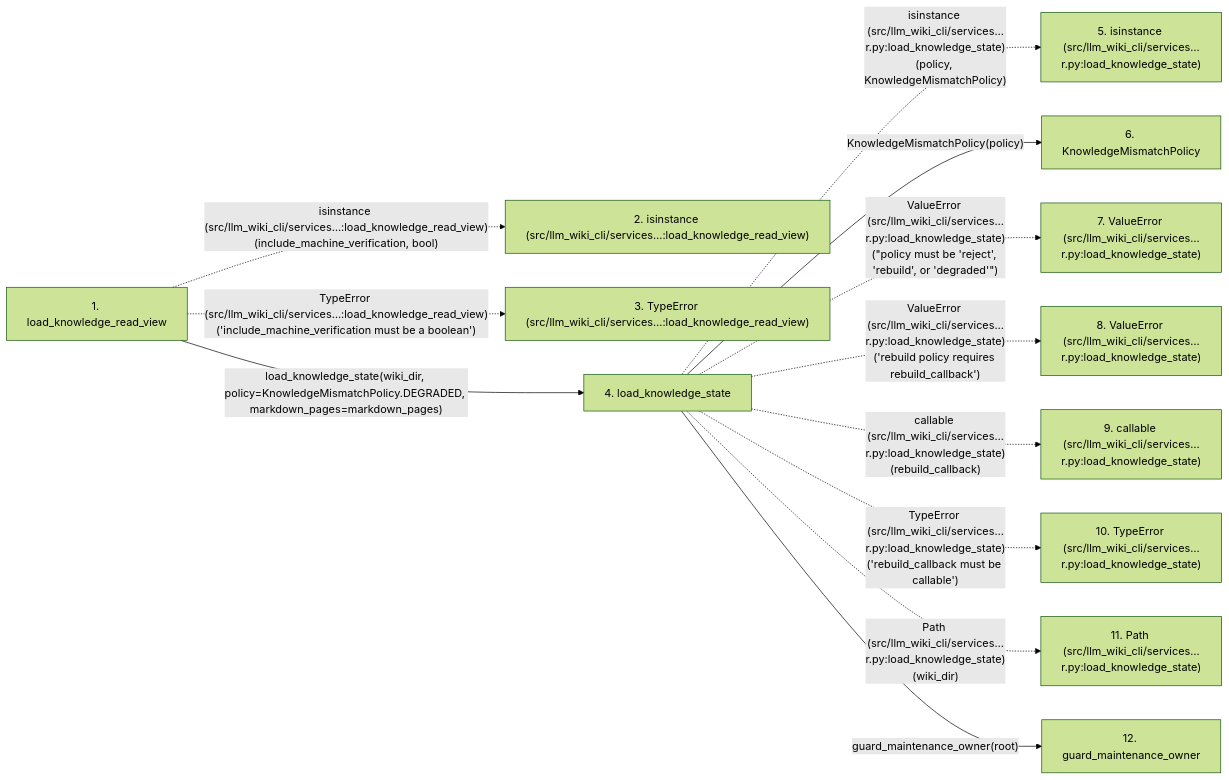
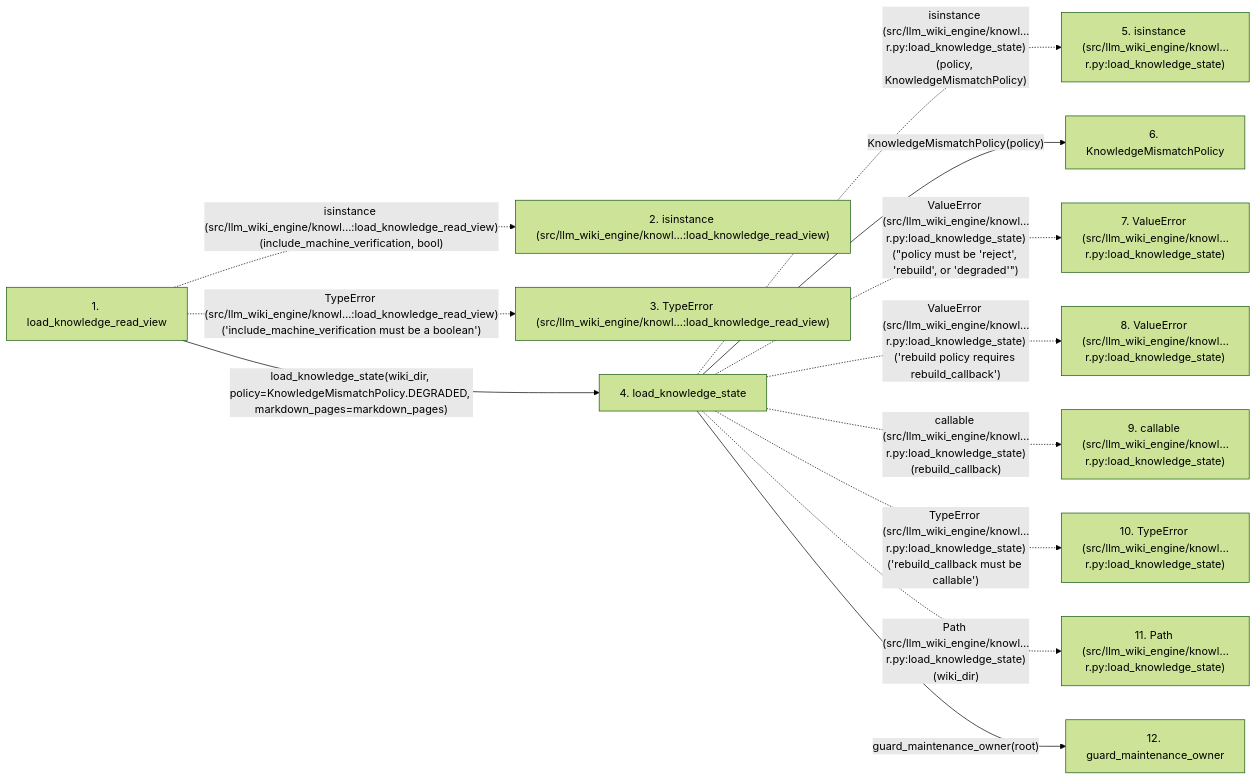
The second of 2 diagrams in docs/llm_wiki/flows/api-load_knowledge_read_view.md (Denissvgn/python-wiki-llm), drawn with Mermaid (forest theme) before and after one commit. The commit also changed other lines of this file and 1058 other files, not shown here.

First line of the commit message:
docs: refresh the wiki for the knowledge store move

````diff
--- a/docs/llm_wiki/flows/api-load_knowledge_read_view.md
+++ b/docs/llm_wiki/flows/api-load_knowledge_read_view.md
@@ -171,30 +170,30 @@
 ```mermaid
 flowchart LR
     s1["1. load_knowledge_read_view"]
-    s2["2. isinstance (src/llm_wiki_cli/services…:load_knowledge_read_view)"]
-    s3["3. TypeError (src/llm_wiki_cli/services…:load_knowledge_read_view)"]
+    s2["2. isinstance (src/llm_wiki_engine/knowl…:load_knowledge_read_view)"]
+    s3["3. TypeError (src/llm_wiki_engine/knowl…:load_knowledge_read_view)"]
     s4["4. load_knowledge_state"]
-    s5["5. isinstance (src/llm_wiki_cli/services…r.py:load_knowledge_state)"]
+    s5["5. isinstance (src/llm_wiki_engine/knowl…r.py:load_knowledge_state)"]
     s6["6. KnowledgeMismatchPolicy"]
-    s7["7. ValueError (src/llm_wiki_cli/services…r.py:load_knowledge_state)"]
-    s8["8. ValueError (src/llm_wiki_cli/services…r.py:load_knowledge_state)"]
-    s9["9. callable (src/llm_wiki_cli/services…r.py:load_knowledge_state)"]
-    s10["10. TypeError (src/llm_wiki_cli/services…r.py:load_knowledge_state)"]
-    s11["11. Path (src/llm_wiki_cli/services…r.py:load_knowledge_state)"]
+    s7["7. ValueError (src/llm_wiki_engine/knowl…r.py:load_knowledge_state)"]
+    s8["8. ValueError (src/llm_wiki_engine/knowl…r.py:load_knowledge_state)"]
+    s9["9. callable (src/llm_wiki_engine/knowl…r.py:load_knowledge_state)"]
+    s10["10. TypeError (src/llm_wiki_engine/knowl…r.py:load_knowledge_state)"]
+    s11["11. Path (src/llm_wiki_engine/knowl…r.py:load_knowledge_state)"]
     s12["12. guard_maintenance_owner"]
-    s1 -. "isinstance (src/llm_wiki_cli/services…:load_knowledge_read_view)(include_machine_verification, bool)" .-> s2
-    s1 -. "TypeError (src/llm_wiki_cli/services…:load_knowledge_read_view)('include_machine_verification must be a boolean')" .-> s3
+    s1 -. "isinstance (src/llm_wiki_engine/knowl…:load_knowledge_read_view)(include_machine_verification, bool)" .-> s2
+    s1 -. "TypeError (src/llm_wiki_engine/knowl…:load_knowledge_read_view)('include_machine_verification must be a boolean')" .-> s3
     s1 -->|"load_knowledge_state(wiki_dir, policy=KnowledgeMismatchPolicy.DEGRADED, markdown_pages=markdown_pages)"| s4
-    s4 -. "isinstance (src/llm_wiki_cli/services…r.py:load_knowledge_state)(policy, KnowledgeMismatchPolicy)" .-> s5
+    s4 -. "isinstance (src/llm_wiki_engine/knowl…r.py:load_knowledge_state)(policy, KnowledgeMismatchPolicy)" .-> s5
     s4 -->|"KnowledgeMismatchPolicy(policy)"| s6
-    s4 -. "ValueError (src/llm_wiki_cli/services…r.py:load_knowledge_state)(#34;policy must be 'reject', 'rebuild', or 'degraded'#34;)" .-> s7
-    s4 -. "ValueError (src/llm_wiki_cli/services…r.py:load_knowledge_state)('rebuild policy requires rebuild_callback')" .-> s8
-    s4 -. "callable (src/llm_wiki_cli/services…r.py:load_knowledge_state)(rebuild_callback)" .-> s9
-    s4 -. "TypeError (src/llm_wiki_cli/services…r.py:load_knowledge_state)('rebuild_callback must be callable')" .-> s10
-    s4 -. "Path (src/llm_wiki_cli/services…r.py:load_knowledge_state)(wiki_dir)" .-> s11
+    s4 -. "ValueError (src/llm_wiki_engine/knowl…r.py:load_knowledge_state)(#34;policy must be 'reject', 'rebuild', or 'degraded'#34;)" .-> s7
+    s4 -. "ValueError (src/llm_wiki_engine/knowl…r.py:load_knowledge_state)('rebuild policy requires rebuild_callback')" .-> s8
+    s4 -. "callable (src/llm_wiki_engine/knowl…r.py:load_knowledge_state)(rebuild_callback)" .-> s9
+    s4 -. "TypeError (src/llm_wiki_engine/knowl…r.py:load_knowledge_state)('rebuild_callback must be callable')" .-> s10
+    s4 -. "Path (src/llm_wiki_engine/knowl…r.py:load_knowledge_state)(wiki_dir)" .-> s11
     s4 -->|"guard_maintenance_owner(root)"| s12
     click s1 "../modules/knowledge_consumption.md"
     click s4 "../modules/knowledge_loader.md"
     click s6 "../modules/knowledge_loader.md"
     click s12 "../modules/maintenance_protocol.md"
 ```
````
